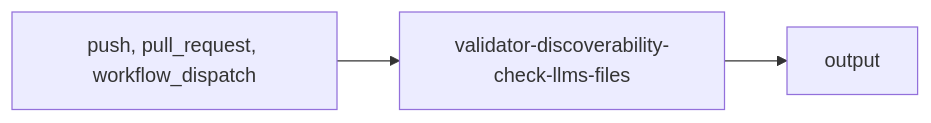
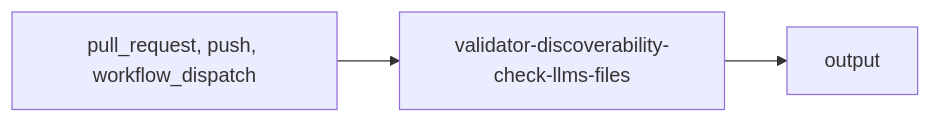
Before and after one commit to its-DeFine/docs: the diagram in .github/workspace/actions-library/validators/discoverability/validator-discoverability-check-llms-files.mdx, drawn with Mermaid. The commit also changed other lines of this file and 57 other files, not shown here.

````diff
--- a/.github/workspace/actions-library/validators/discoverability/validator-discoverability-check-llms-files.mdx
+++ b/.github/workspace/actions-library/validators/discoverability/validator-discoverability-check-llms-files.mdx
@@ -43,5 +43,5 @@
 ```mermaid
 graph LR
-    TRIGGER["push, pull_request, workflow_dispatch"] --> WF["validator-discoverability-check-llms-files"]
+    TRIGGER["pull_request, push, workflow_dispatch"] --> WF["validator-discoverability-check-llms-files"]
     WF --> OUTPUT["output"]
 ```
````
